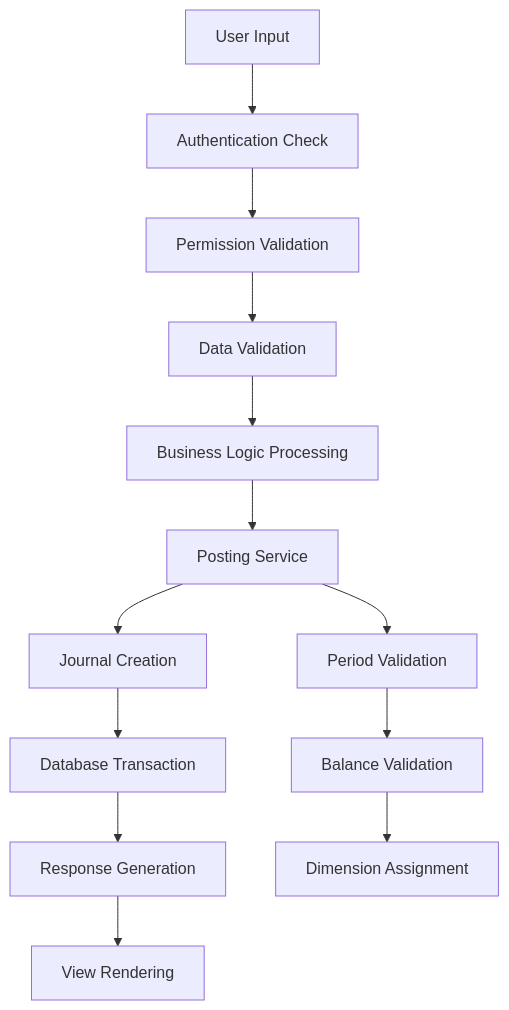
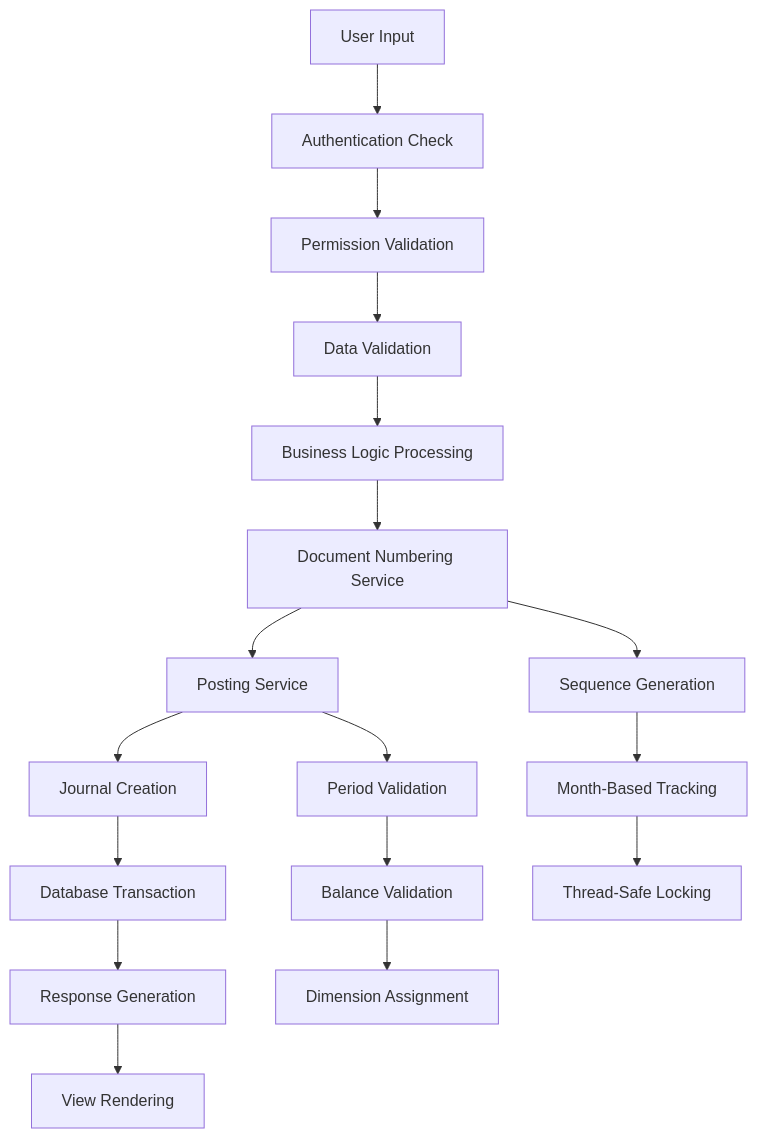
Before and after one commit to rachmanj/sarang-erp-laravel: the first of 2 diagrams in docs/architecture.md, drawn with Mermaid. The commit also changed other lines of this file and 22 other files, not shown here.

First line of the commit message:
Implement Comprehensive Auto-Numbering System for Document Management

````diff
--- a/docs/architecture.md
+++ b/docs/architecture.md
@@ -309,16 +339,21 @@
 ```mermaid
 graph TD
     A[User Input] --> B[Authentication Check]
     B --> C[Permission Validation]
     C --> D[Data Validation]
     D --> E[Business Logic Processing]
-    E --> F[Posting Service]
-    F --> G[Journal Creation]
-    G --> H[Database Transaction]
-    H --> I[Response Generation]
-    I --> J[View Rendering]
+    E --> F[Document Numbering Service]
+    F --> G[Posting Service]
+    G --> H[Journal Creation]
+    H --> I[Database Transaction]
+    I --> J[Response Generation]
+    J --> K[View Rendering]
 
-    F --> K[Period Validation]
-    K --> L[Balance Validation]
-    L --> M[Dimension Assignment]
+    F --> L[Sequence Generation]
+    L --> M[Month-Based Tracking]
+    M --> N[Thread-Safe Locking]
+
+    G --> O[Period Validation]
+    O --> P[Balance Validation]
+    P --> Q[Dimension Assignment]
 ```
````
